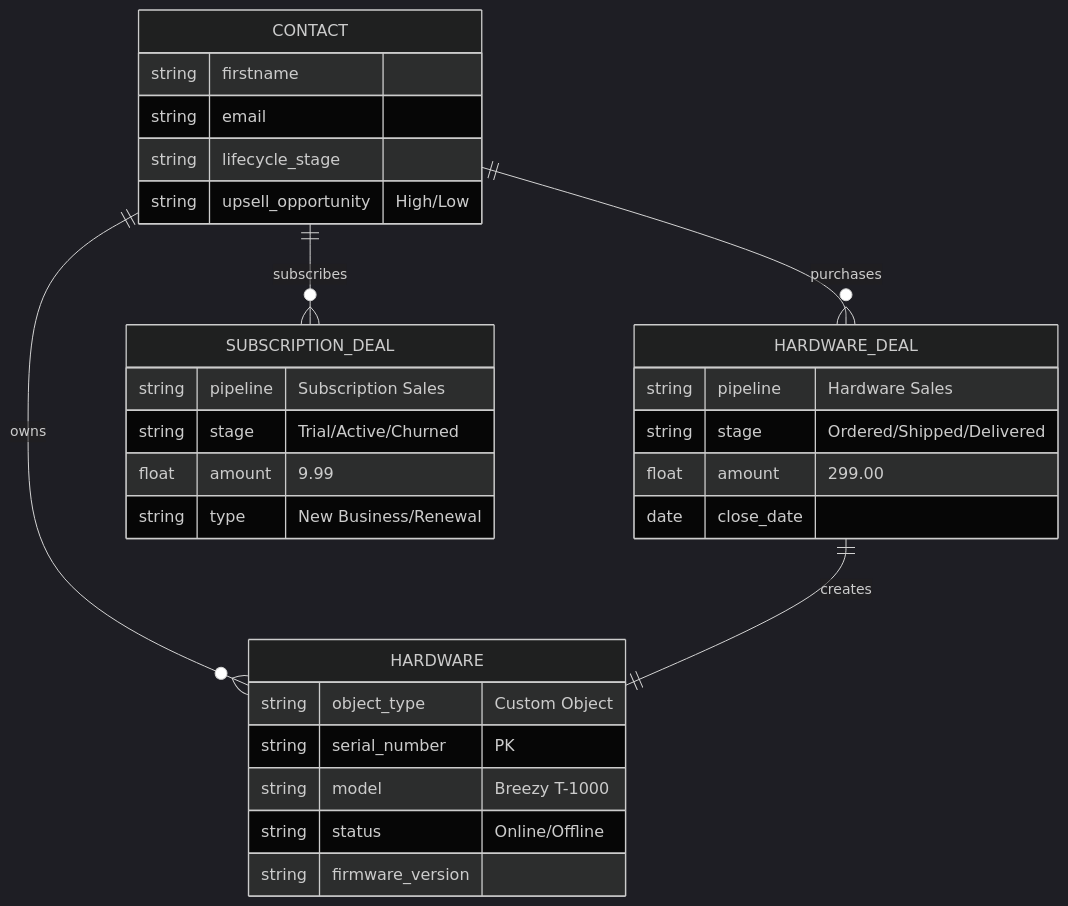
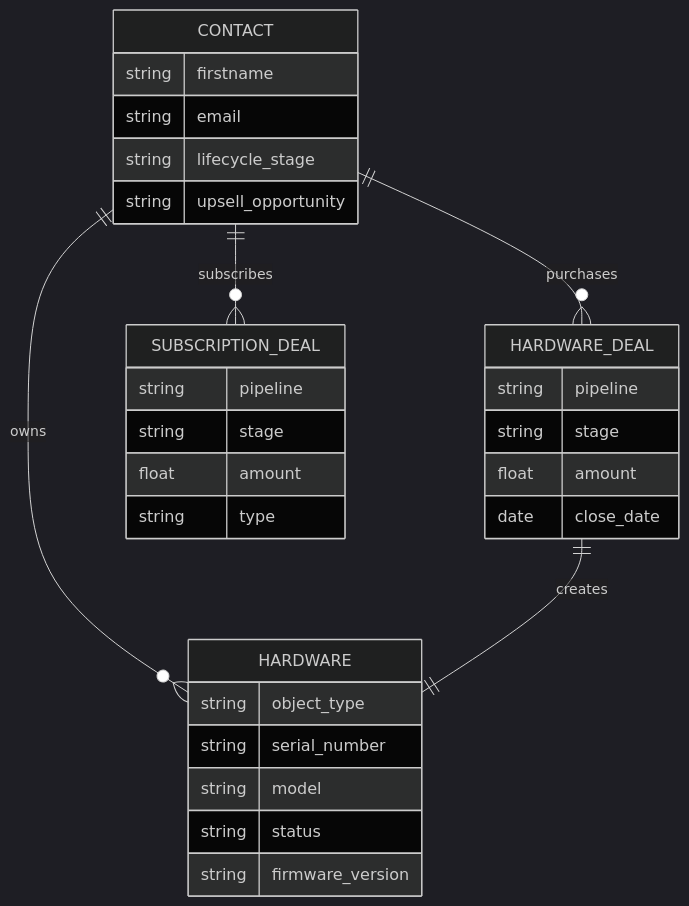
The diagram in README.md (mckenningHS/SAproject), drawn with Mermaid (dark theme) before and after one commit. The commit also changed other lines of this file, not shown here.

````diff
--- a/README.md
+++ b/README.md
@@ -223,37 +223,39 @@
 ```mermaid
 erDiagram
-    CONTACT ||--o{ HARDWARE_DEAL : "purchases"
-    CONTACT ||--o{ SUBSCRIPTION_DEAL : "subscribes"
-    CONTACT ||--o{ HARDWARE : "owns"
+    CONTACT ||--o{ HARDWARE_DEAL : purchases
+    CONTACT ||--o{ SUBSCRIPTION_DEAL : subscribes
+    CONTACT ||--o{ HARDWARE : owns
 
-    HARDWARE_DEAL ||--|| HARDWARE : "creates"
+    HARDWARE_DEAL ||--|| HARDWARE : creates
 
     CONTACT {
         string firstname
         string email
         string lifecycle_stage
-        string upsell_opportunity "High/Low"
+        string upsell_opportunity
+    }
+
+    SUBSCRIPTION_DEAL {
+        string pipeline
+        string stage
+        float amount
+        string type
     }
 
     HARDWARE_DEAL {
-        string pipeline "Hardware Sales"
-        string stage "Ordered/Shipped/Delivered"
-        float amount "299.00"
+        string pipeline
+        string stage
+        float amount
         date close_date
     }
 
-    SUBSCRIPTION_DEAL {
-        string pipeline "Subscription Sales"
-        string stage "Trial/Active/Churned"
-        float amount "9.99"
-        string type "New Business/Renewal"
+    HARDWARE {
+        string object_type
+        string serial_number
+        string model
+        string status
+        string firmware_version
     }
 
-    HARDWARE {
-        string object_type "Custom Object"
-        string serial_number "PK"
-        string model "Breezy T-1000"
-        string status "Online/Offline"
-        string firmware_version
-    }
+    
 ```
````
